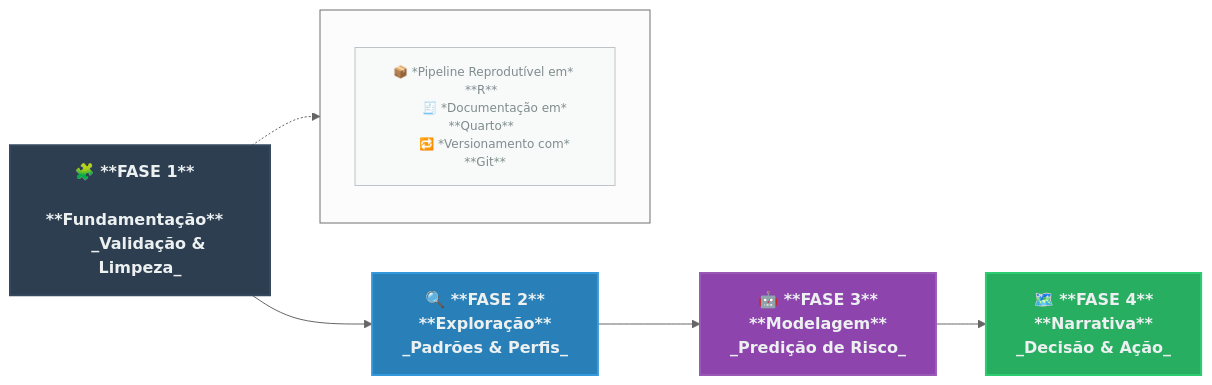
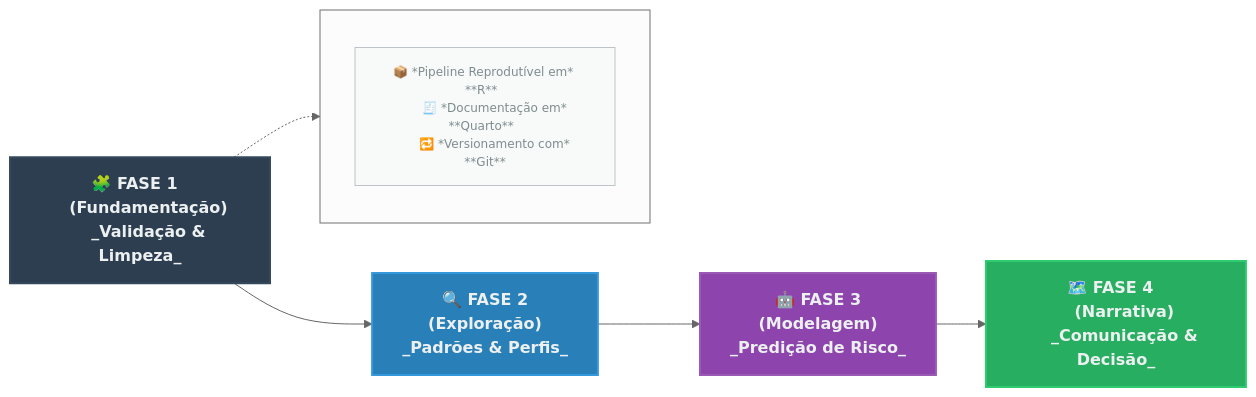
Before and after one commit to estatisticas-do-gean/bike-analytics: the diagram in 03-PLANO.md, drawn with Mermaid (neutral theme). The commit also changed other lines of this file and 17 other files, not shown here.

````diff
--- a/03-PLANO.md
+++ b/03-PLANO.md
@@ -14,43 +10,43 @@
 ```mermaid
 %%---------------------------------------------------
 %% FLUXOGRAMA DO PIPELINE ANALÍTICO
 %%---------------------------------------------------
 
 flowchart LR
     A["
-    🧩 **FASE 1**  
-    **Fundamentação**  
+    🧩 FASE 1  
+     (Fundamentação)  
     _Validação & Limpeza_
     "]:::fase1 --> 
     B["
-    🔍 **FASE 2**  
-    **Exploração**  
+    🔍 FASE 2  
+     (Exploração)  
     _Padrões & Perfis_
     "]:::fase2 --> 
     C["
-    🤖 **FASE 3**  
-    **Modelagem**  
+    🤖 FASE 3  
+     (Modelagem)  
     _Predição de Risco_
     "]:::fase3 --> 
     D["
-    🗺️ **FASE 4**  
-    **Narrativa**  
-    _Decisão & Ação_
+    🗺️ FASE 4  
+     (Narrativa)  
+    _Comunicação & Decisão_
     "]:::fase4
 
     %% Rodapé do pipeline
     subgraph R[ ]
       direction TB
       note["📦 *Pipeline Reprodutível em* **R**  
       🧾 *Documentação em* **Quarto**  
       🔁 *Versionamento com* **Git**"]:::footer
     end
     A -.-> note
 
 %% --- ESTILOS ---
 classDef fase1 fill:#2C3E50,stroke:#34495E,stroke-width:2px,color:#ECF0F1,font-weight:bold;
 classDef fase2 fill:#2980B9,stroke:#3498DB,stroke-width:2px,color:#ECF0F1,font-weight:bold;
 classDef fase3 fill:#8E44AD,stroke:#9B59B6,stroke-width:2px,color:#ECF0F1,font-weight:bold;
 classDef fase4 fill:#27AE60,stroke:#2ECC71,stroke-width:2px,color:#ECF0F1,font-weight:bold;
 classDef footer fill:#F8F9F9,stroke:#BDC3C7,color:#7F8C8D,font-size:12px;
 ```
````
